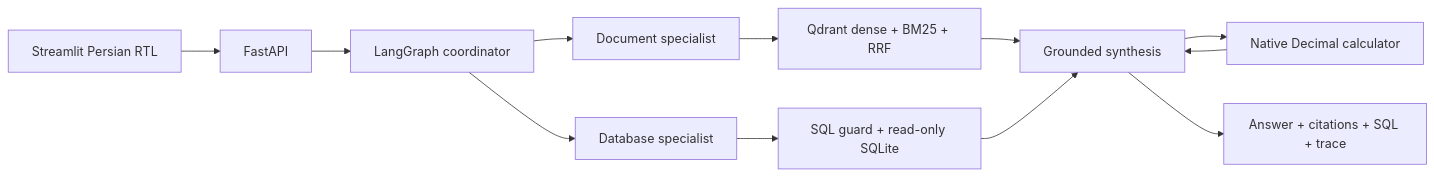
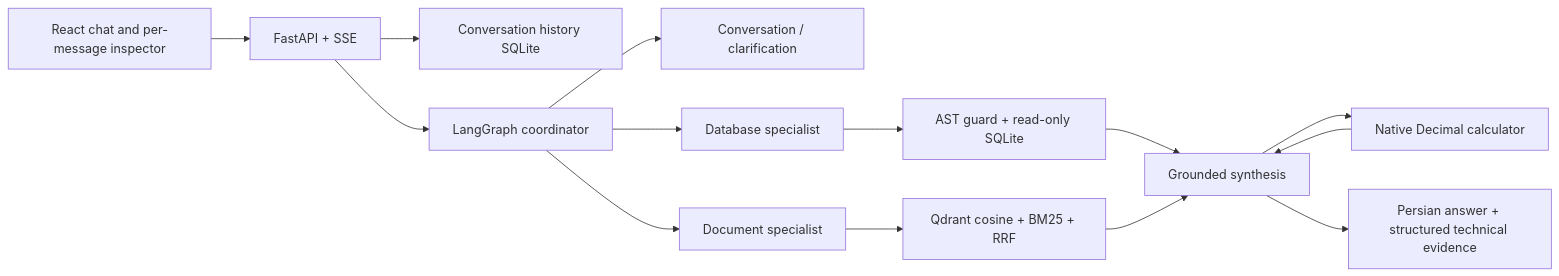
The diagram in README.md (lordaliH8/adanAI-RAG-DEMO), drawn with Mermaid before and after one commit. The commit also changed other lines of this file and 47 other files, not shown here.

Commit message:
Refine Hamsafar conversation flow and execution inspector

````diff
--- a/README.md
+++ b/README.md
@@ -148,14 +76,16 @@
 ```mermaid
 flowchart LR
-    UI[Streamlit Persian RTL] --> API[FastAPI]
-    API --> C[LangGraph coordinator]
-    C --> S[Database specialist]
-    C --> D[Document specialist]
-    S --> G[SQL guard + read-only SQLite]
-    D --> R[Qdrant dense + BM25 + RRF]
-    R --> A[Grounded synthesis]
-    G --> A
-    A --> T[Native Decimal calculator]
-    T --> A
-    A --> O[Answer + citations + SQL + trace]
+  UI[React chat and per-message inspector] --> API[FastAPI + SSE]
+  API --> H[Conversation history SQLite]
+  API --> C[LangGraph coordinator]
+  C --> Q[Conversation / clarification]
+  C --> S[Database specialist]
+  C --> D[Document specialist]
+  S --> G[AST guard + read-only SQLite]
+  D --> R[Qdrant cosine + BM25 + RRF]
+  G --> A[Grounded synthesis]
+  R --> A
+  A --> T[Native Decimal calculator]
+  T --> A
+  A --> O[Persian answer + structured technical evidence]
 ```
````
